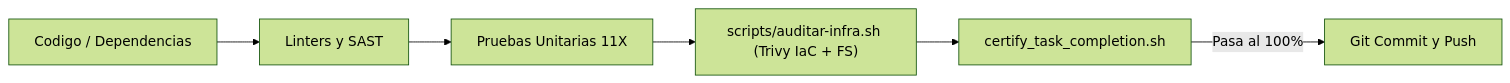
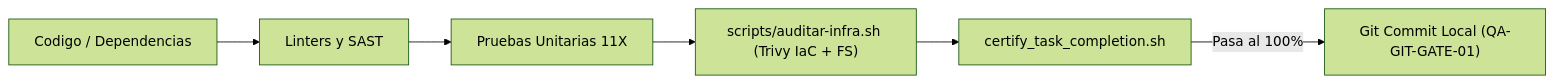
Before and after one commit to tecno-consultores/qa-testing-blueprints: the second of 2 diagrams in SECURITY.md, drawn with Mermaid (forest theme). The commit also changed other lines of this file and 120 other files, not shown here.

````diff
--- a/SECURITY.md
+++ b/SECURITY.md
@@ -252,8 +252,8 @@
 ```mermaid
 flowchart LR
     DEV["Codigo / Dependencias"] --> LINT["Linters y SAST"]
     LINT --> TEST["Pruebas Unitarias 11X"]
     TEST --> AUDIT["scripts/auditar-infra.sh (Trivy IaC + FS)"]
     AUDIT --> GATE["certify_task_completion.sh"]
-    GATE -->|"Pasa al 100%"| GIT["Git Commit y Push"]
+    GATE -->|"Pasa al 100%"| GIT["Git Commit Local (QA-GIT-GATE-01)"]
 ```
````
